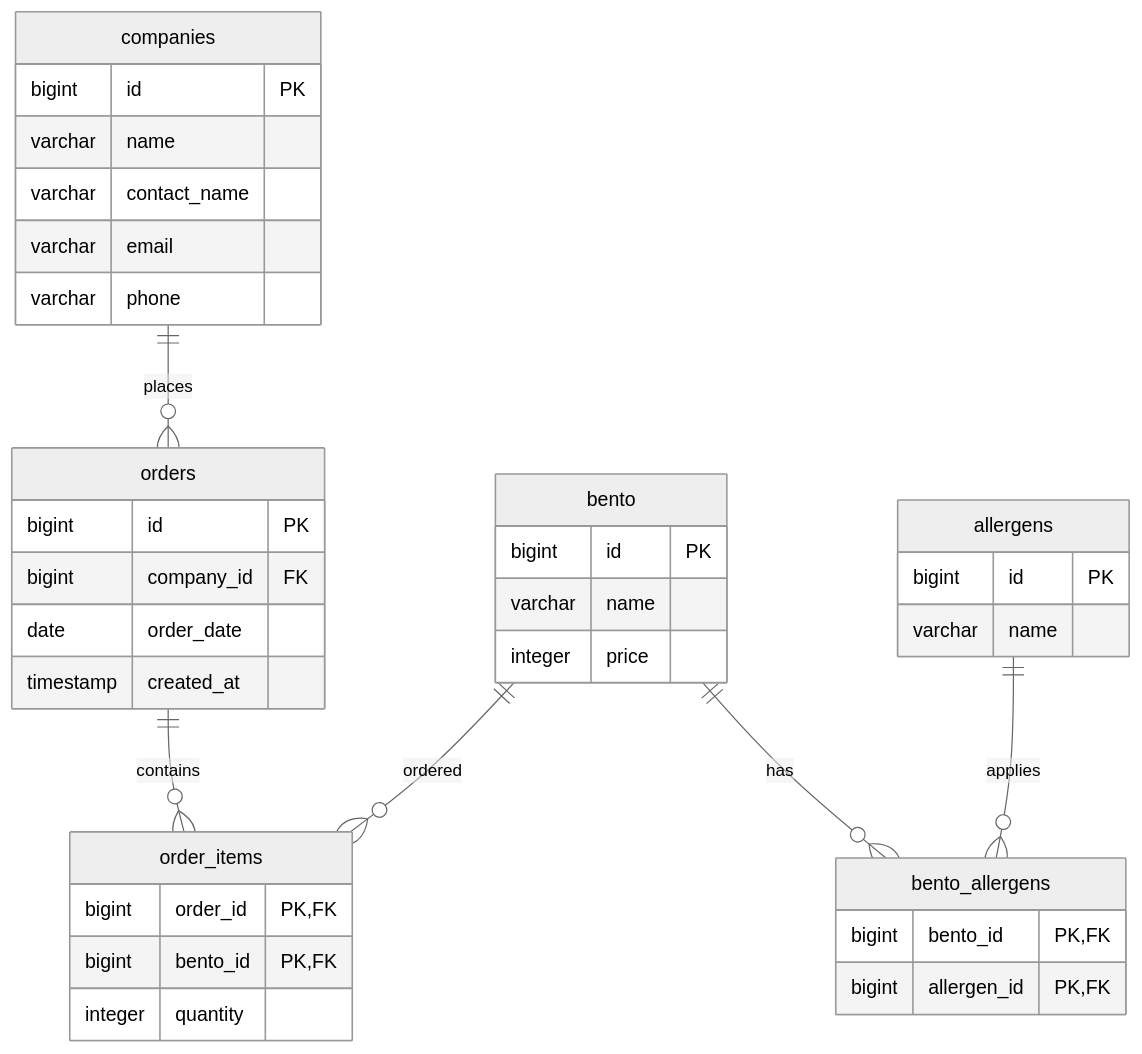
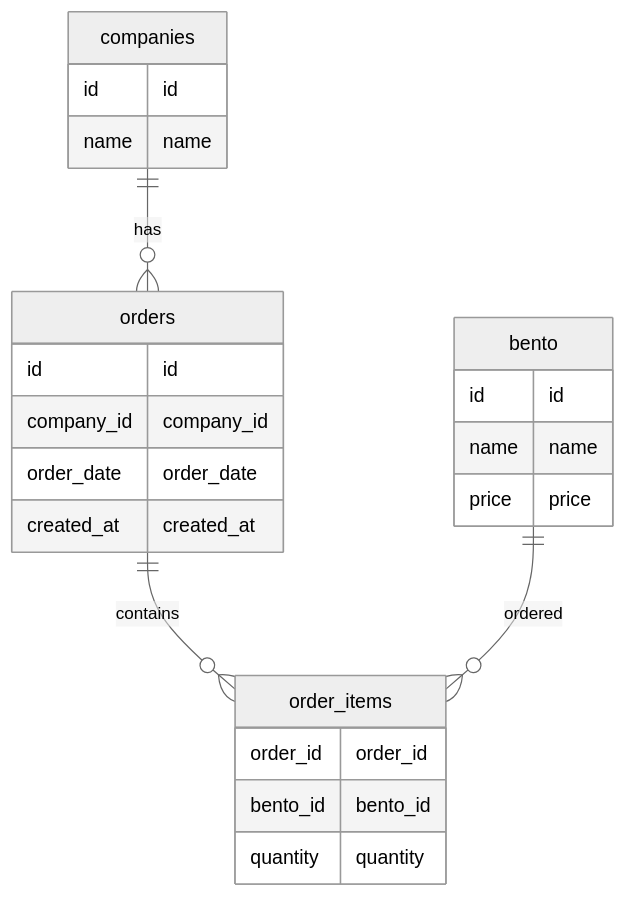
Before and after one commit to gyakusu/fastapi-postgres-demo: the second of 7 diagrams in README.md, drawn with Mermaid (neutral theme). The commit also changed other lines of this file, not shown here.

````diff
--- a/README.md
+++ b/README.md
@@ -197,45 +143,30 @@
 ```mermaid
 erDiagram
-    companies ||--o{ orders : places
+    companies ||--o{ orders : has
     orders ||--o{ order_items : contains
     bento ||--o{ order_items : ordered
-    bento ||--o{ bento_allergens : has
-    allergens ||--o{ bento_allergens : applies
 
     companies {
-        bigint id PK
-        varchar name
-        varchar contact_name
-        varchar email
-        varchar phone
+        id id
+        name name
     }
 
     orders {
-        bigint id PK
-        bigint company_id FK
-        date order_date
-        timestamp created_at
+        id id
+        company_id company_id
+        order_date order_date
+        created_at created_at
     }
 
     order_items {
-        bigint order_id PK,FK
-        bigint bento_id PK,FK
-        integer quantity
+        order_id order_id
+        bento_id bento_id
+        quantity quantity
     }
 
     bento {
-        bigint id PK
-        varchar name
-        integer price
-    }
-
-    allergens {
-        bigint id PK
-        varchar name
-    }
-
-    bento_allergens {
-        bigint bento_id PK,FK
-        bigint allergen_id PK,FK
+        id id
+        name name
+        price price
     }
 ```
````
